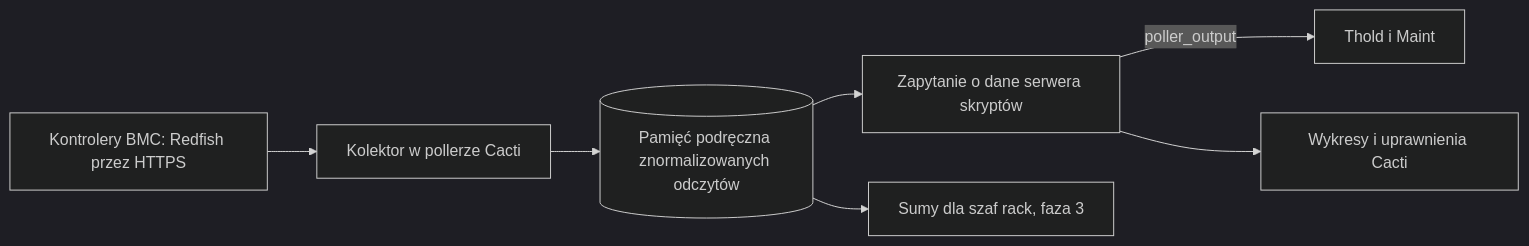
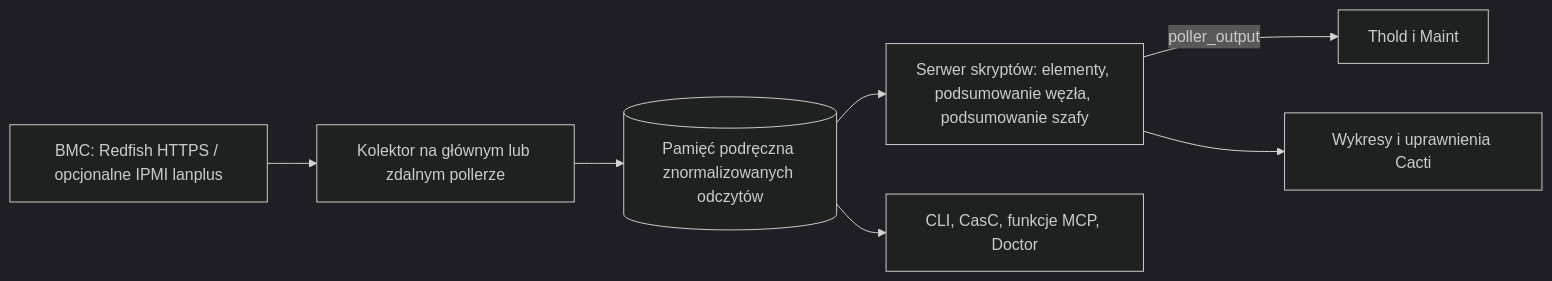
Before and after one commit to somethingwithproof/plugin_redfish: the diagram in docs/i18n/pl-PL/README.md, drawn with Mermaid (dark theme). The commit also changed other lines of this file and 47 other files, not shown here.

````diff
--- a/docs/i18n/pl-PL/README.md
+++ b/docs/i18n/pl-PL/README.md
@@ -100,9 +140,9 @@
 ```mermaid
 flowchart LR
-    BMC["Kontrolery BMC: Redfish przez HTTPS"] --> C["Kolektor w pollerze Cacti"]
-    C --> CACHE[("Pamięć podręczna znormalizowanych odczytów")]
-    CACHE --> SS["Zapytanie o dane serwera skryptów"]
-    SS -->|poller_output| T["Thold i Maint"]
-    SS --> G["Wykresy i uprawnienia Cacti"]
-    CACHE --> R["Sumy dla szaf rack, faza 3"]
+    BMC["BMC: Redfish HTTPS / opcjonalne IPMI lanplus"] --> C["Kolektor na głównym lub zdalnym pollerze"]
+    C --> CACHE[(Pamięć podręczna znormalizowanych odczytów)]
+    CACHE --> SS["Serwer skryptów: elementy, podsumowanie węzła, podsumowanie szafy"]
+    SS -->|poller_output| T[Thold i Maint]
+    SS --> G[Wykresy i uprawnienia Cacti]
+    CACHE --> ECO["CLI, CasC, funkcje MCP, Doctor"]
 ```
````
